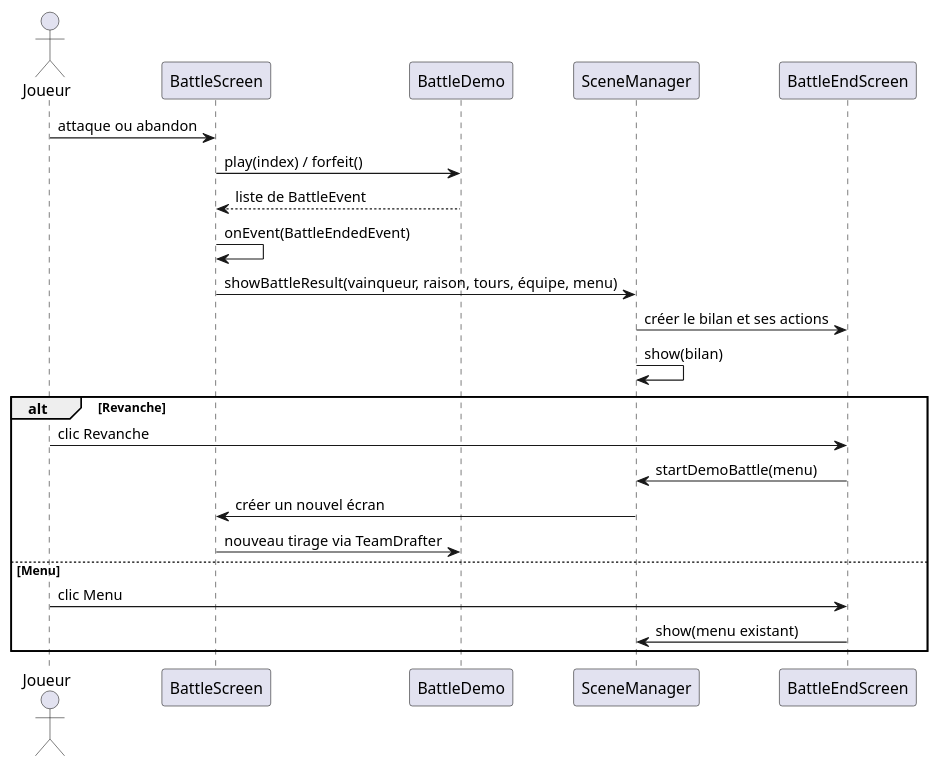
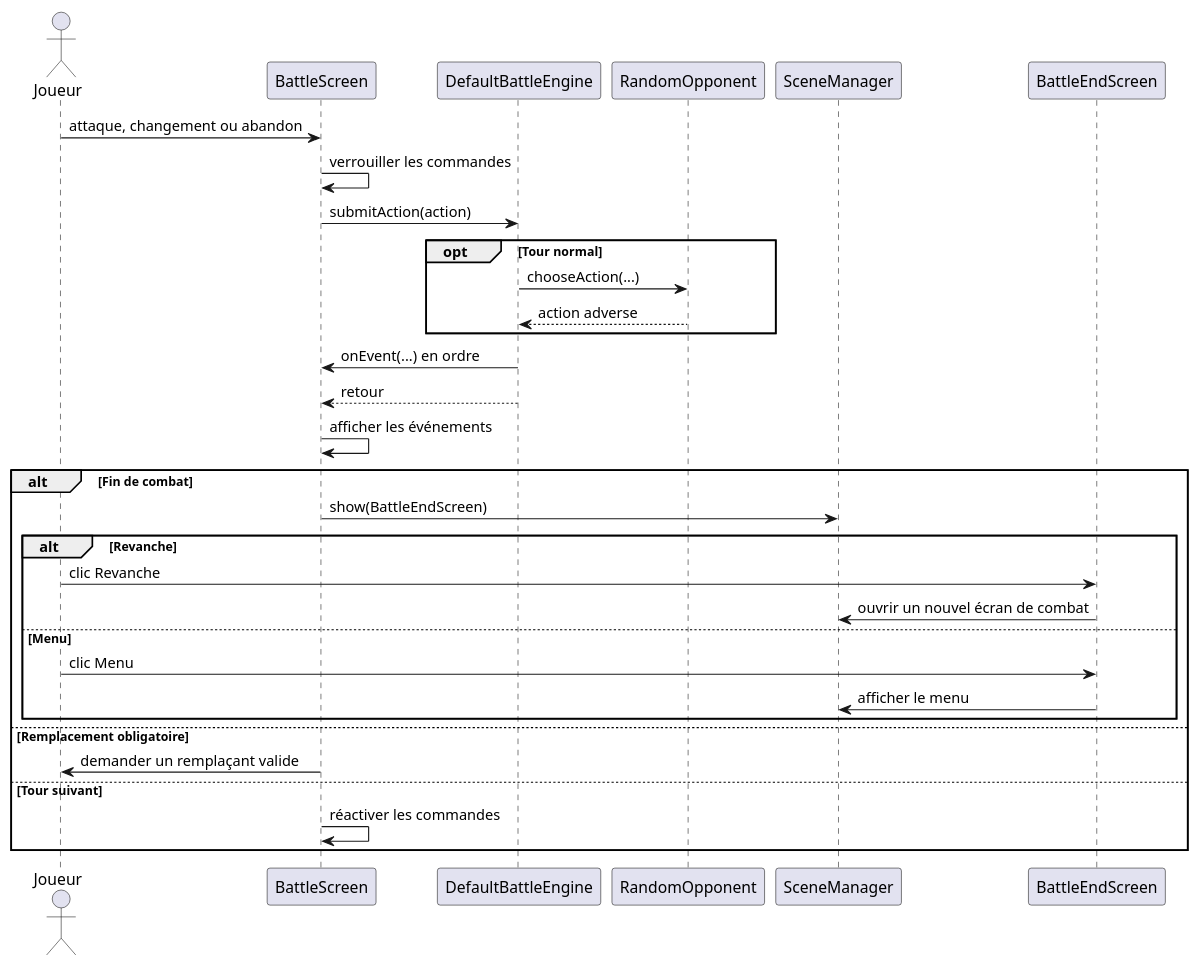
One commit to OnerAliCan/fakemon-arena changed the diagram in docs/uml/fin-combat.puml. Above: the diagram before and after it, drawn with PlantUML. The commit also changed 16 other files, not shown here.

```diff
--- a/docs/uml/fin-combat.puml
+++ b/docs/uml/fin-combat.puml
@@ -1,23 +1,32 @@
 @startuml
 actor Joueur
 participant BattleScreen
-participant BattleDemo
+participant DefaultBattleEngine
+participant RandomOpponent
 participant SceneManager
 participant BattleEndScreen
-Joueur -> BattleScreen : attaque ou abandon
-BattleScreen -> BattleDemo : play(index) / forfeit()
-BattleDemo --> BattleScreen : liste de BattleEvent
-BattleScreen -> BattleScreen : onEvent(BattleEndedEvent)
-BattleScreen -> SceneManager : showBattleResult(vainqueur, raison, tours, équipe, menu)
-SceneManager -> BattleEndScreen : créer le bilan et ses actions
-SceneManager -> SceneManager : show(bilan)
-alt Revanche
-  Joueur -> BattleEndScreen : clic Revanche
-  BattleEndScreen -> SceneManager : startDemoBattle(menu)
-  SceneManager -> BattleScreen : créer un nouvel écran
-  BattleScreen -> BattleDemo : nouveau tirage via TeamDrafter
-else Menu
-  Joueur -> BattleEndScreen : clic Menu
-  BattleEndScreen -> SceneManager : show(menu existant)
+Joueur -> BattleScreen : attaque, changement ou abandon
+BattleScreen -> BattleScreen : verrouiller les commandes
+BattleScreen -> DefaultBattleEngine : submitAction(action)
+opt Tour normal
+    DefaultBattleEngine -> RandomOpponent : chooseAction(...)
+    RandomOpponent --> DefaultBattleEngine : action adverse
+end
+DefaultBattleEngine -> BattleScreen : onEvent(...) en ordre
+DefaultBattleEngine --> BattleScreen : retour
+BattleScreen -> BattleScreen : afficher les événements
+alt Fin de combat
+    BattleScreen -> SceneManager : show(BattleEndScreen)
+    alt Revanche
+        Joueur -> BattleEndScreen : clic Revanche
+        BattleEndScreen -> SceneManager : ouvrir un nouvel écran de combat
+    else Menu
+        Joueur -> BattleEndScreen : clic Menu
+        BattleEndScreen -> SceneManager : afficher le menu
+    end
+else Remplacement obligatoire
+    BattleScreen -> Joueur : demander un remplaçant valide
+else Tour suivant
+    BattleScreen -> BattleScreen : réactiver les commandes
 end
 @enduml
```
